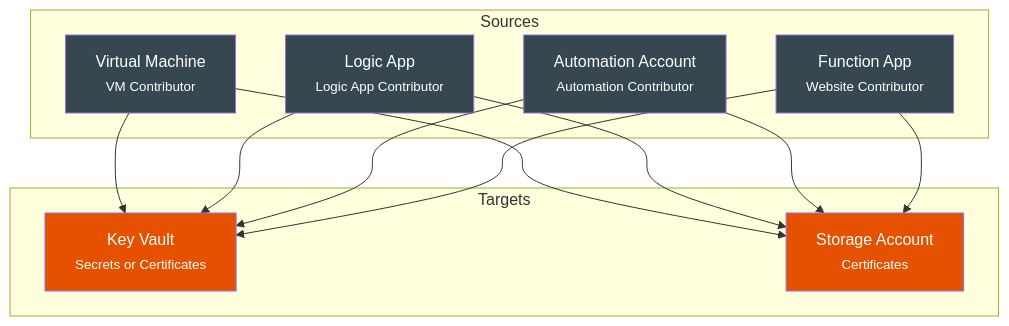
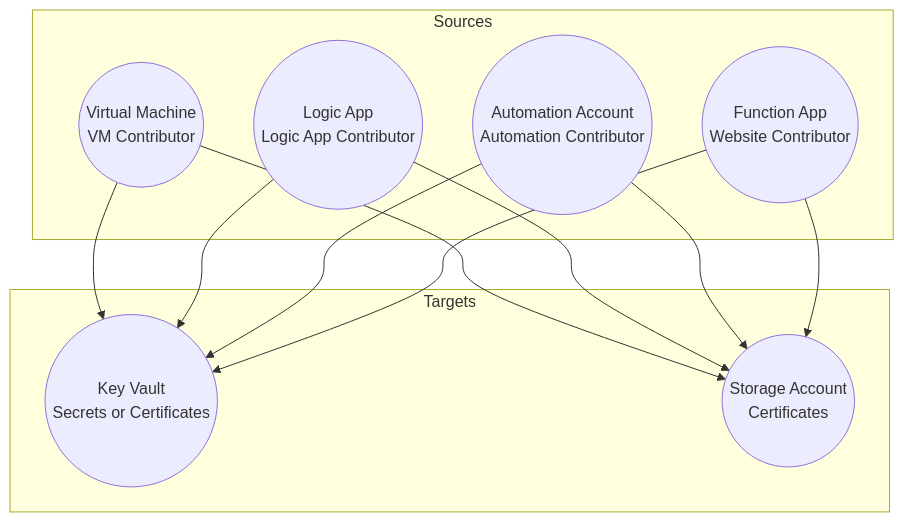
One commit to mvelazc0/BadZure changed the third of 4 diagrams in docs/attack-paths/managed-identity-theft.md. Above: the diagram before and after it, drawn with Mermaid. The commit also changed other lines of this file and 5 other files, not shown here.

Commit message:
improving documentation graphs

````diff
--- a/docs/attack-paths/managed-identity-theft.md
+++ b/docs/attack-paths/managed-identity-theft.md
@@ -41,30 +42,23 @@
 ``` mermaid
 graph TD
     subgraph Sources
-        VM["Virtual Machine<br/><small>VM Contributor</small>"]
-        LA["Logic App<br/><small>Logic App Contributor</small>"]
-        AA["Automation Account<br/><small>Automation Contributor</small>"]
-        FA["Function App<br/><small>Website Contributor</small>"]
+        VM(("Virtual Machine<br/>VM Contributor"))
+        LA(("Logic App<br/>Logic App Contributor"))
+        AA(("Automation Account<br/>Automation Contributor"))
+        FA(("Function App<br/>Website Contributor"))
     end
 
     subgraph Targets
-        KV["Key Vault<br/><small>Secrets or Certificates</small>"]
-        SA["Storage Account<br/><small>Certificates</small>"]
+        KV(("Key Vault<br/>Secrets or Certificates"))
+        SA(("Storage Account<br/>Certificates"))
     end
 
     VM --> KV
     VM --> SA
     LA --> KV
     LA --> SA
     AA --> KV
     AA --> SA
     FA --> KV
     FA --> SA
-
-    style VM fill:#37474f,color:#fff
-    style LA fill:#37474f,color:#fff
-    style AA fill:#37474f,color:#fff
-    style FA fill:#37474f,color:#fff
-    style KV fill:#e65100,color:#fff
-    style SA fill:#e65100,color:#fff
 ```
````
